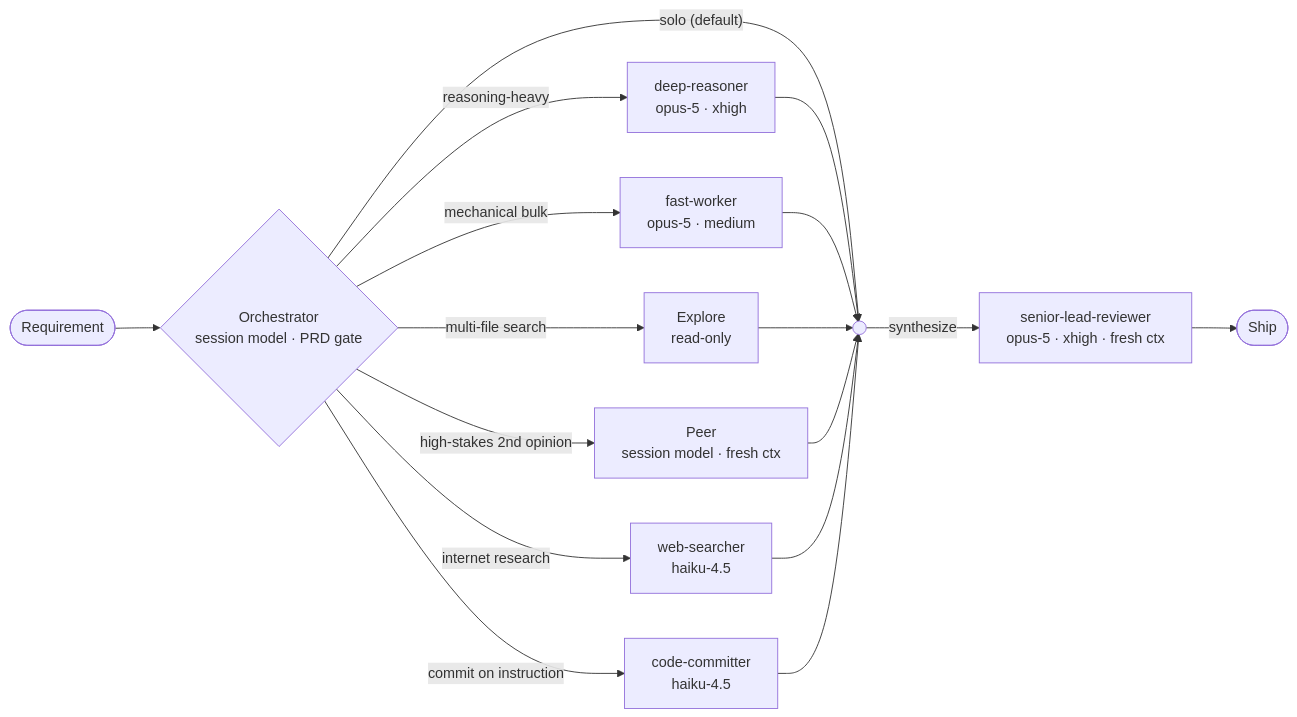
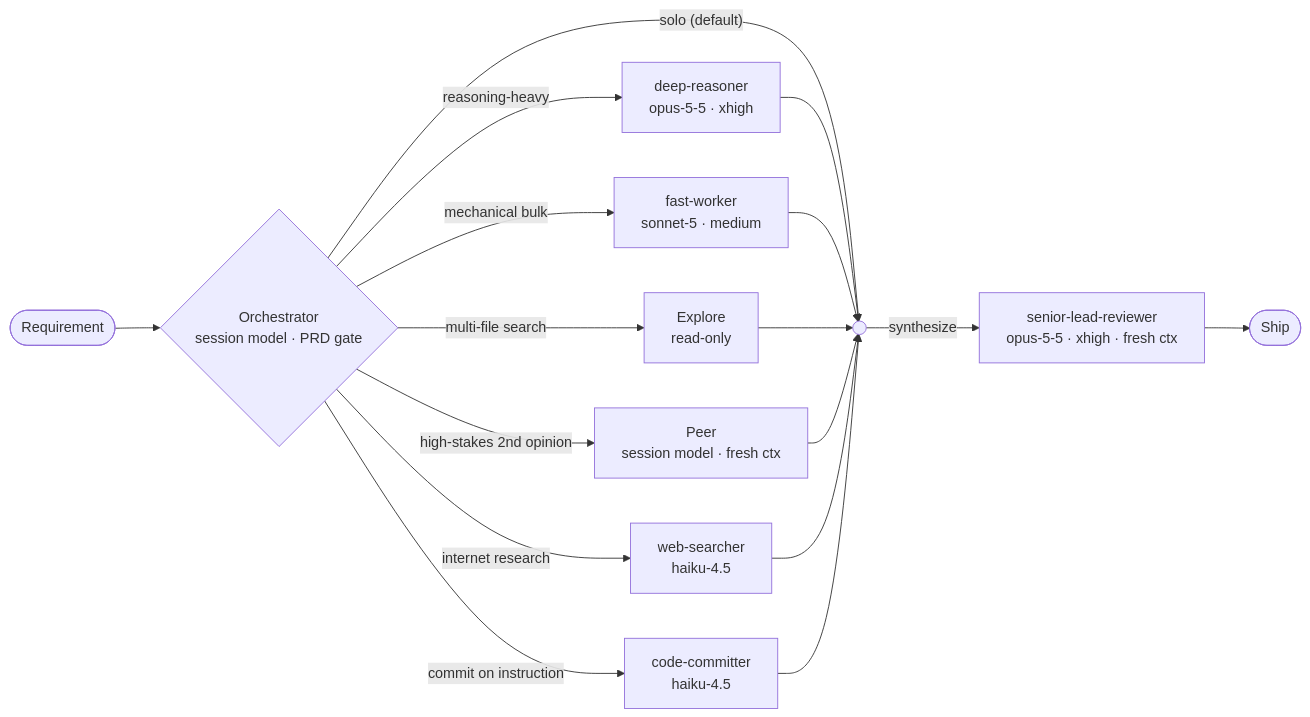
The diagram in README.md (wonpanu/ai-harness), drawn with Mermaid before and after one commit. The commit also changed other lines of this file and 10 other files, not shown here.

````diff
--- a/README.md
+++ b/README.md
@@ -18,20 +18,20 @@
 ```mermaid
 flowchart LR
     REQ([Requirement]) --> ORCH
     ORCH{"Orchestrator<br/>session model · PRD gate"}
     ORCH -->|"solo (default)"| SYN(( ))
-    ORCH -->|reasoning-heavy| DEEP["deep-reasoner<br/>opus-5 · xhigh"]
-    ORCH -->|mechanical bulk| FAST["fast-worker<br/>opus-5 · medium"]
+    ORCH -->|reasoning-heavy| DEEP["deep-reasoner<br/>opus-5-5 · xhigh"]
+    ORCH -->|mechanical bulk| FAST["fast-worker<br/>sonnet-5 · medium"]
     ORCH -->|multi-file search| EXP["Explore<br/>read-only"]
     ORCH -->|high-stakes 2nd opinion| PEER["Peer<br/>session model · fresh ctx"]
     ORCH -->|internet research| WEB["web-searcher<br/>haiku-4.5"]
     ORCH -->|commit on instruction| COMMIT["code-committer<br/>haiku-4.5"]
     DEEP --> SYN
     FAST --> SYN
     EXP --> SYN
     PEER --> SYN
     WEB --> SYN
     COMMIT --> SYN
-    SYN -->|synthesize| REV["senior-lead-reviewer<br/>opus-5 · xhigh · fresh ctx"]
+    SYN -->|synthesize| REV["senior-lead-reviewer<br/>opus-5-5 · xhigh · fresh ctx"]
     REV --> SHIP([Ship])
 ```
````
